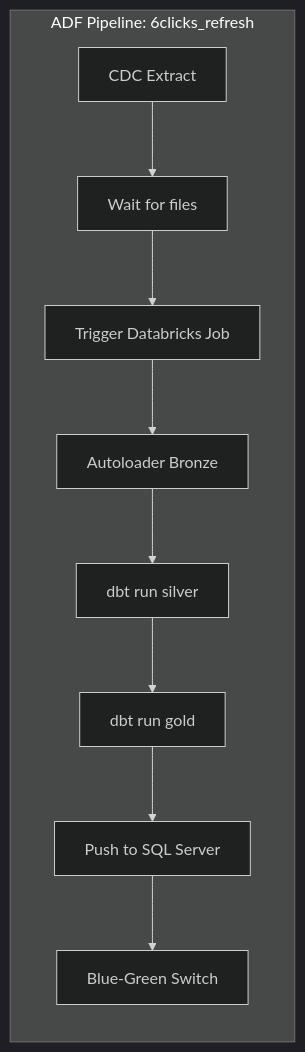
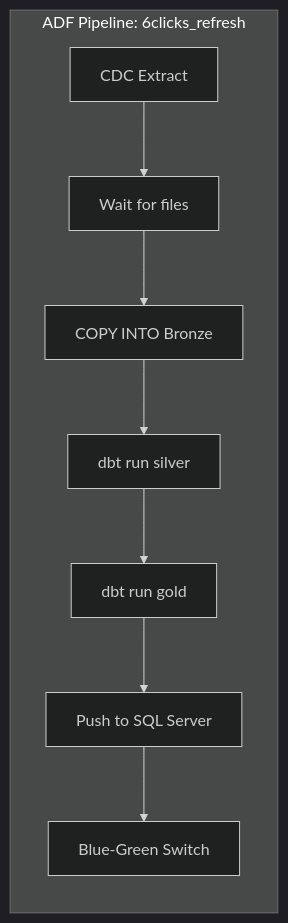
Before and after one commit to yousefzadeh/shishlik: the diagram in docs/databricks-poc-implementation-plan.md, drawn with Mermaid (dark theme). The commit also changed other lines of this file and 1 other file, not shown here.

````diff
--- a/docs/databricks-poc-implementation-plan.md
+++ b/docs/databricks-poc-implementation-plan.md
@@ -389,12 +407,11 @@
 ```mermaid
 graph LR
     subgraph "ADF Pipeline: 6clicks_refresh"
         A[CDC Extract] --> B[Wait for files]
-        B --> C[Trigger Databricks Job]
-        C --> D[Autoloader Bronze]
-        D --> E[dbt run silver]
-        E --> F[dbt run gold]
-        F --> G[Push to SQL Server]
-        G --> H[Blue-Green Switch]
+        B --> C[COPY INTO Bronze]
+        C --> D[dbt run silver]
+        D --> E[dbt run gold]
+        E --> F[Push to SQL Server]
+        F --> G[Blue-Green Switch]
     end
 ```
````
